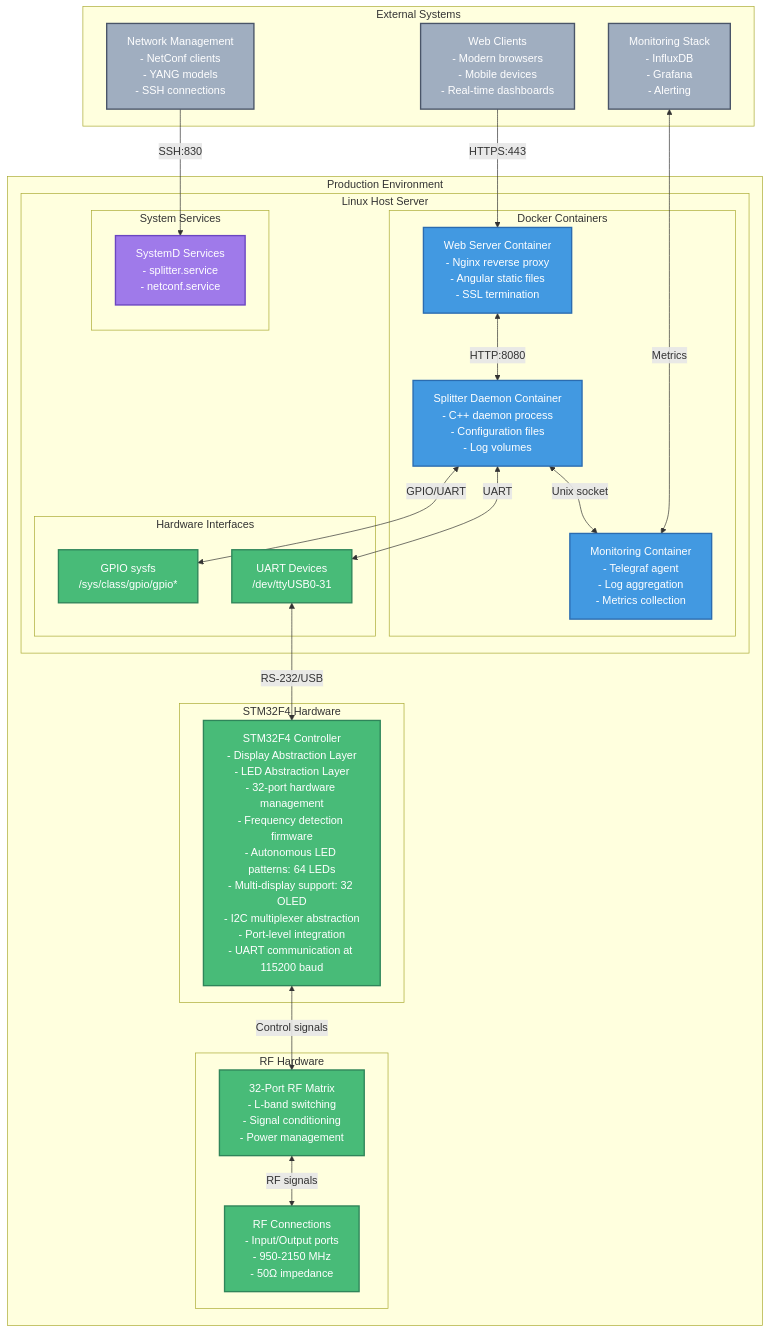
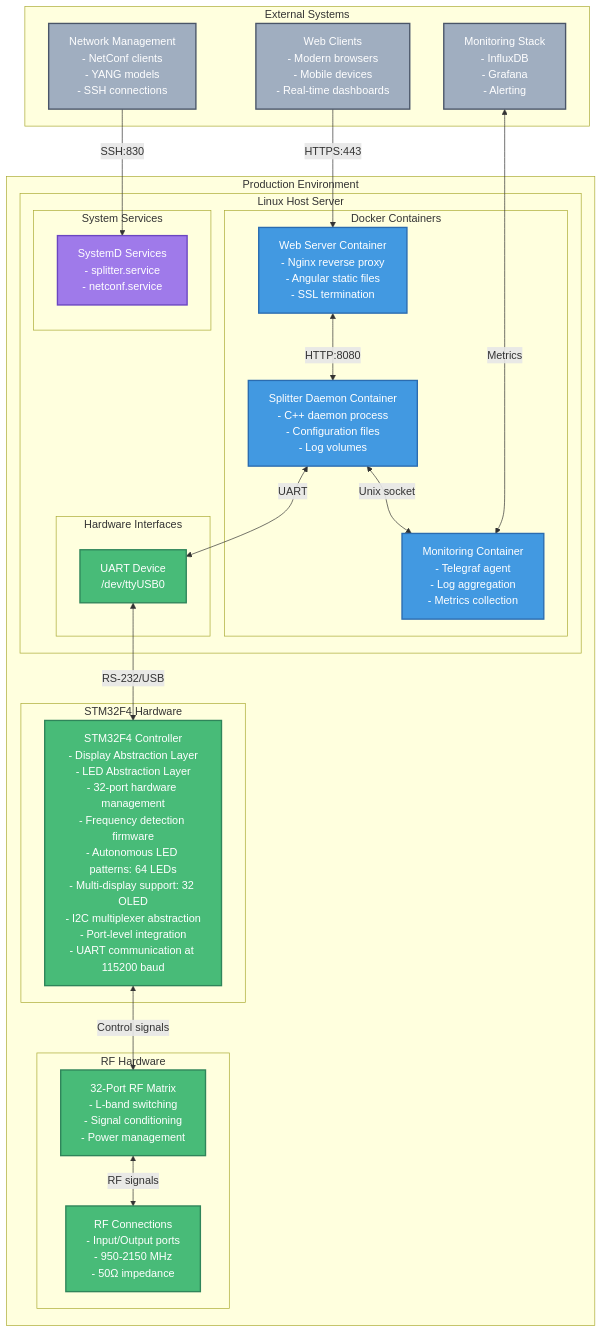
The fifth of 5 diagrams in README.md (alandovskis/lband-splitter), drawn with Mermaid before and after one commit. The commit also changed other lines of this file, not shown here.

First line of the commit message:
Update README.md architecture documentation

````diff
--- a/README.md
+++ b/README.md
@@ -229,65 +209,63 @@
 ```mermaid
 graph TB
     subgraph "Production Environment"
         subgraph "Linux Host Server"
             subgraph "Docker Containers"
                 DaemonContainer[Splitter Daemon Container<br/>- C++ daemon process<br/>- Configuration files<br/>- Log volumes]
                 
                 WebContainer[Web Server Container<br/>- Nginx reverse proxy<br/>- Angular static files<br/>- SSL termination]
                 
                 MonitorContainer[Monitoring Container<br/>- Telegraf agent<br/>- Log aggregation<br/>- Metrics collection]
             end
             
             subgraph "System Services"
                 SystemD[SystemD Services<br/>- splitter.service<br/>- netconf.service]
             end
             
             subgraph "Hardware Interfaces"
-                GPIOSysfs[GPIO sysfs<br/>/sys/class/gpio/gpio*]
-                UARTDevices[UART Devices<br/>/dev/ttyUSB0-31]
+                UARTDevice[UART Device<br/>/dev/ttyUSB0]
             end
         end
         
         subgraph "STM32F4 Hardware"
             MCU[STM32F4 Controller<br/>- Display Abstraction Layer<br/>- LED Abstraction Layer<br/>- 32-port hardware management<br/>- Frequency detection firmware<br/>- Autonomous LED patterns: 64 LEDs<br/>- Multi-display support: 32 OLED<br/>- I2C multiplexer abstraction<br/>- Port-level integration<br/>- UART communication at 115200 baud]
         end
         
         subgraph "RF Hardware"
             RFMatrix[32-Port RF Matrix<br/>- L-band switching<br/>- Signal conditioning<br/>- Power management]
             Antennas[RF Connections<br/>- Input/Output ports<br/>- 950-2150 MHz<br/>- 50Ω impedance]
         end
     end
     
     subgraph "External Systems"
         NetMgmt[Network Management<br/>- NetConf clients<br/>- YANG models<br/>- SSH connections]
         
         WebClients[Web Clients<br/>- Modern browsers<br/>- Mobile devices<br/>- Real-time dashboards]
         
         MonitoringStack[Monitoring Stack<br/>- InfluxDB<br/>- Grafana<br/>- Alerting]
     end
     
     WebClients -->|HTTPS:443| WebContainer
     NetMgmt -->|SSH:830| SystemD
     MonitoringStack <-->|Metrics| MonitorContainer
     
     WebContainer <-->|HTTP:8080| DaemonContainer
     DaemonContainer <-->|Unix socket| MonitorContainer
-    DaemonContainer <-->|GPIO/UART| GPIOSysfs
-    DaemonContainer <-->|UART| UARTDevices
+    DaemonContainer <-->|UART| UARTDevice
     
-    UARTDevices <-->|RS-232/USB| MCU
+    UARTDevice <-->|RS-232/USB| MCU
     
     MCU <-->|Control signals| RFMatrix
     
     RFMatrix <-->|RF signals| Antennas
     
     classDef container fill:#4299E1,stroke:#2B6CB0,stroke-width:2px,color:#fff
     classDef hardware fill:#48BB78,stroke:#2F855A,stroke-width:2px,color:#fff
     classDef external fill:#A0AEC0,stroke:#4A5568,stroke-width:2px,color:#fff
     classDef service fill:#9F7AEA,stroke:#6B46C1,stroke-width:2px,color:#fff
     
     class DaemonContainer,WebContainer,MonitorContainer container
-    class MCU,RFMatrix,Antennas,GPIOSysfs,UARTDevices hardware
+    class MCU,RFMatrix,Antennas,UARTDevice hardware
     class NetMgmt,WebClients,MonitoringStack external
     class SystemD service
 ```
````
